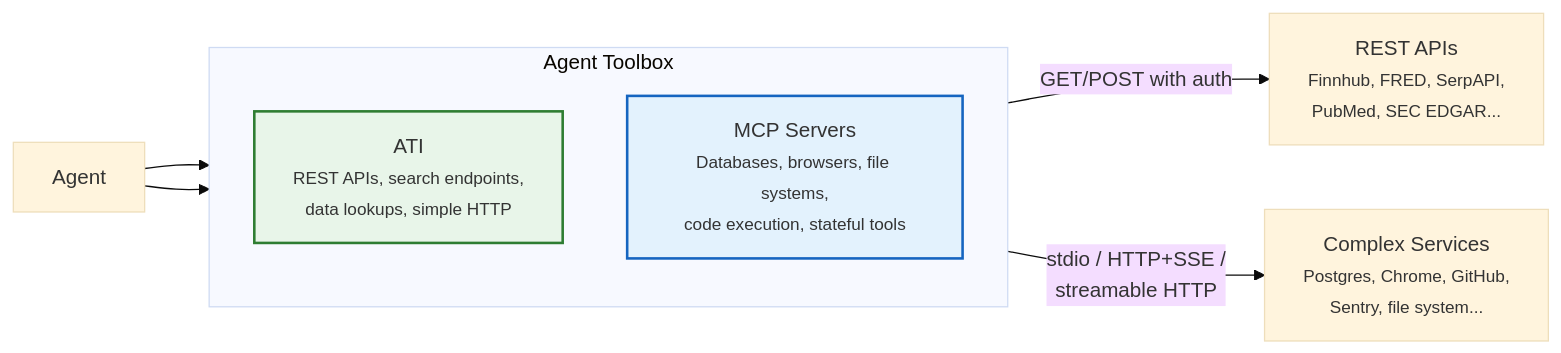
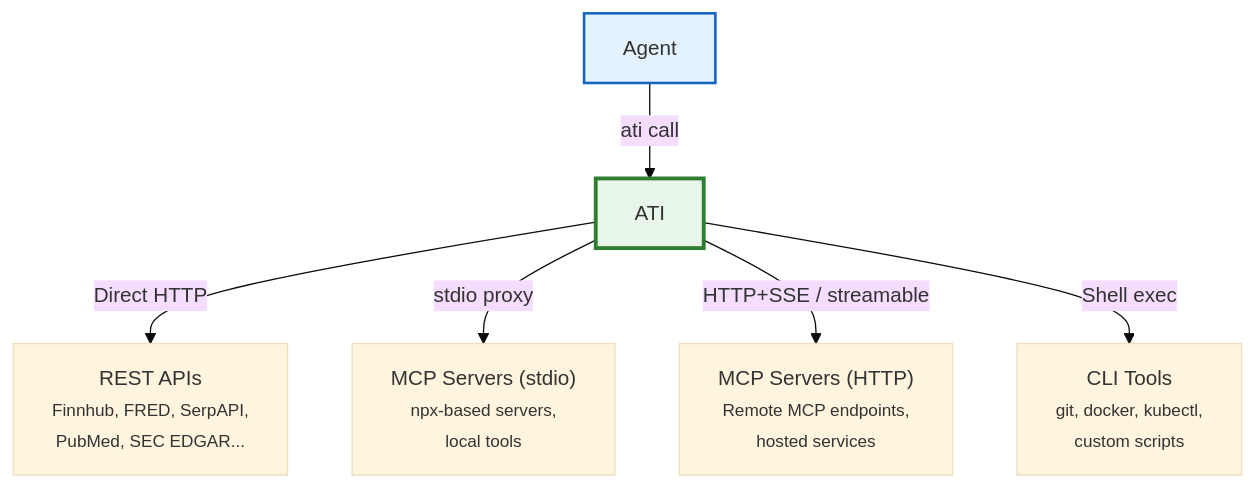
Before and after one commit to Parcha-ai/ati: the fourth of 5 diagrams in README.md, drawn with Mermaid (base theme). The commit also changed other lines of this file, not shown here.

Commit message:
docs: ATI is the unified interface, not a complement to MCP
Agent calls ati call <tool> — doesn't know or care what's behind it.
ATI proxies REST APIs, MCP servers (all transports), CLI tools.
The agent never touches MCP directly. That's the whole point.

````diff
--- a/README.md
+++ b/README.md
@@ -341,18 +337,12 @@
 ```mermaid
-graph LR
-    subgraph "Agent Toolbox"
-        direction TB
-        ATI_Tools["ATI<br/><small>REST APIs, search endpoints,<br/>data lookups, simple HTTP</small>"]
-        MCP_Tools["MCP Servers<br/><small>Databases, browsers, file systems,<br/>code execution, stateful tools</small>"]
-    end
+graph TB
+    Agent["Agent"] -->|"ati call <tool>"| ATI["ATI"]
 
-    Agent["Agent"] --> ATI_Tools
-    Agent --> MCP_Tools
+    ATI -->|"Direct HTTP"| REST["REST APIs<br/><small>Finnhub, FRED, SerpAPI,<br/>PubMed, SEC EDGAR...</small>"]
+    ATI -->|"stdio proxy"| MCP_Stdio["MCP Servers (stdio)<br/><small>npx-based servers,<br/>local tools</small>"]
+    ATI -->|"HTTP+SSE / streamable"| MCP_HTTP["MCP Servers (HTTP)<br/><small>Remote MCP endpoints,<br/>hosted services</small>"]
+    ATI -->|"Shell exec"| CLI["CLI Tools<br/><small>git, docker, kubectl,<br/>custom scripts</small>"]
 
-    ATI_Tools -->|"GET/POST with auth"| REST["REST APIs<br/><small>Finnhub, FRED, SerpAPI,<br/>PubMed, SEC EDGAR...</small>"]
-
-    MCP_Tools -->|"stdio / HTTP+SSE /<br/>streamable HTTP"| Complex["Complex Services<br/><small>Postgres, Chrome, GitHub,<br/>Sentry, file system...</small>"]
-
-    style ATI_Tools fill:#e8f5e9,stroke:#2e7d32,stroke-width:2px
-    style MCP_Tools fill:#e3f2fd,stroke:#1565c0,stroke-width:2px
+    style ATI fill:#e8f5e9,stroke:#2e7d32,stroke-width:3px
+    style Agent fill:#e3f2fd,stroke:#1565c0,stroke-width:2px
 ```
````
